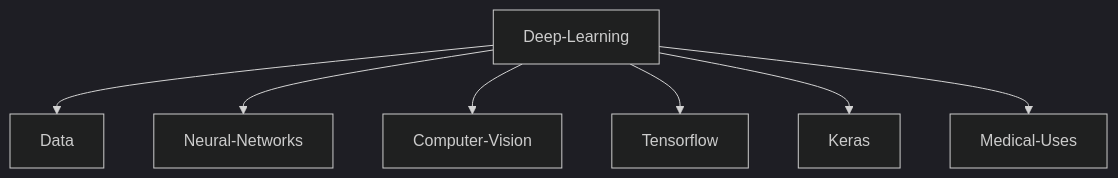
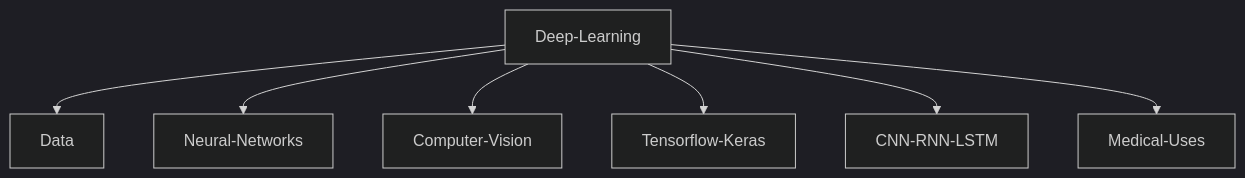
The third of 3 diagrams in README.md (Mo-Shaeerah/Mo-Shaeerah), drawn with Mermaid (dark theme) before and after one commit. The commit also changed other lines of this file, not shown here.

````diff
--- a/README.md
+++ b/README.md
@@ -53,9 +47,9 @@
 ```mermaid
 graph TD;
     Deep-Learning-->Data;
     Deep-Learning-->Neural-Networks;
     Deep-Learning-->Computer-Vision;
-    Deep-Learning-->Tensorflow;
-    Deep-Learning-->Keras;
+    Deep-Learning-->Tensorflow-Keras;
+    Deep-Learning-->CNN-RNN-LSTM;
     Deep-Learning-->Medical-Uses;
    ```
````
